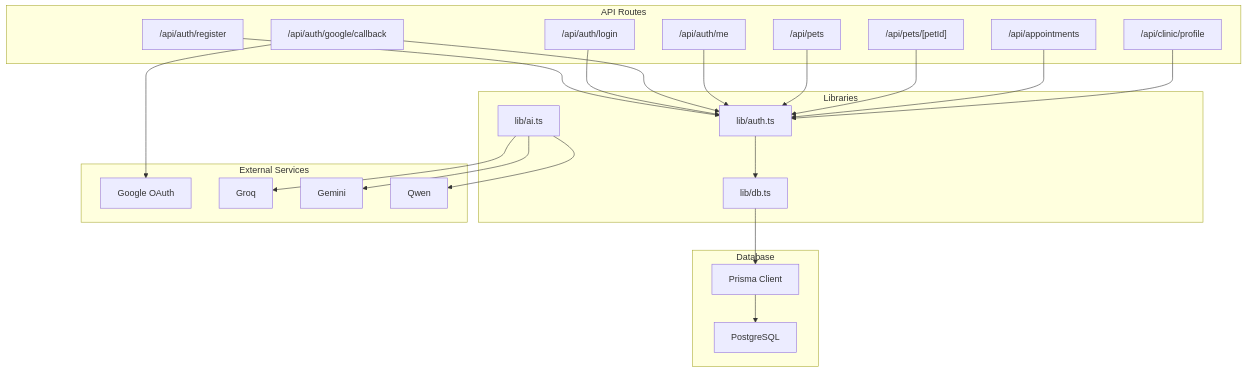
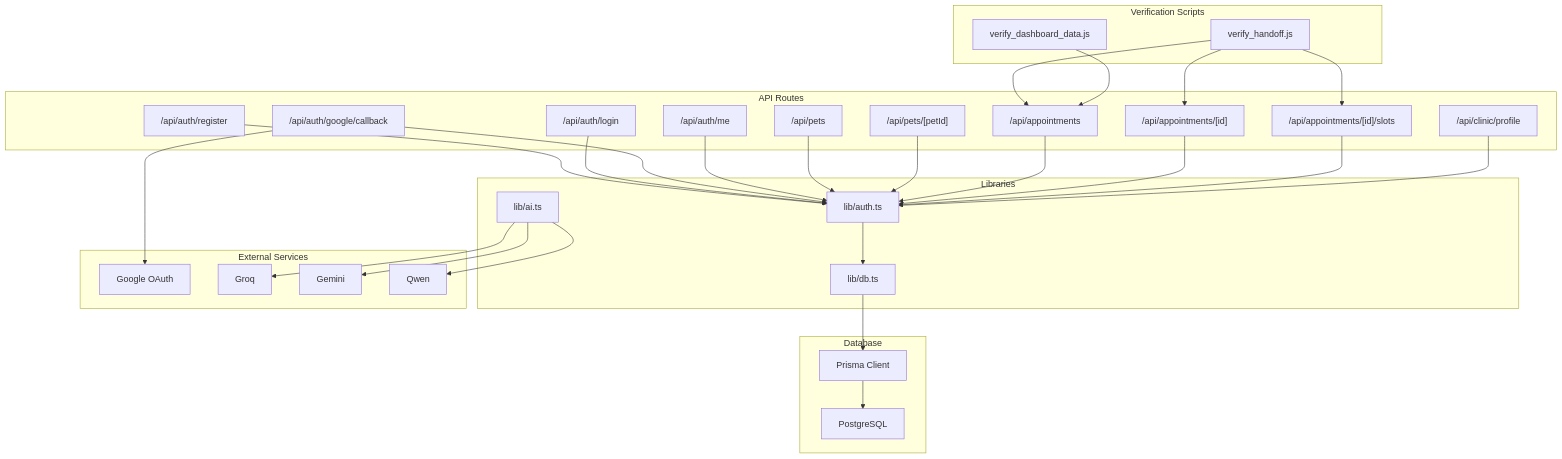
Before and after one commit to Javeria-Javaid/ai-powered-pet-healthcare-ecosystem: the first of 8 diagrams in .qoder/repowiki/en/content/Testing Strategy/Integration Testing.md, drawn with Mermaid. The commit also changed other lines of this file and 23 other files, not shown here.

````diff
--- a/.qoder/repowiki/en/content/Testing Strategy/Integration Testing.md
+++ b/.qoder/repowiki/en/content/Testing Strategy/Integration Testing.md
@@ -40,43 +51,55 @@
 ```mermaid
 graph TB
 subgraph "API Routes"
 R1["/api/auth/register"]
 R2["/api/auth/login"]
 R3["/api/auth/google/callback"]
 R4["/api/auth/me"]
 R5["/api/pets"]
 R6["/api/pets/[petId]"]
 R7["/api/appointments"]
-R8["/api/clinic/profile"]
+R8["/api/appointments/[id]"]
+R9["/api/appointments/[id]/slots"]
+R10["/api/clinic/profile"]
 end
 subgraph "Libraries"
 L1["lib/auth.ts"]
 L2["lib/db.ts"]
 L3["lib/ai.ts"]
 end
 subgraph "Database"
 DB["PostgreSQL"]
 PRISMA["Prisma Client"]
 end
 subgraph "External Services"
 G["Google OAuth"]
 A1["Groq"]
 A2["Gemini"]
 A3["Qwen"]
 end
+subgraph "Verification Scripts"
+V1["verify_handoff.js"]
+V2["verify_dashboard_data.js"]
+end
 R1 --> L1
 R2 --> L1
 R3 --> L1
 R4 --> L1
 R5 --> L1
 R6 --> L1
 R7 --> L1
 R8 --> L1
+R9 --> L1
+R10 --> L1
 L1 --> L2
 L2 --> PRISMA
 PRISMA --> DB
 R3 --> G
 L3 --> A1
 L3 --> A2
 L3 --> A3
+V1 --> R7
+V1 --> R8
+V1 --> R9
+V2 --> R7
 ```
````
